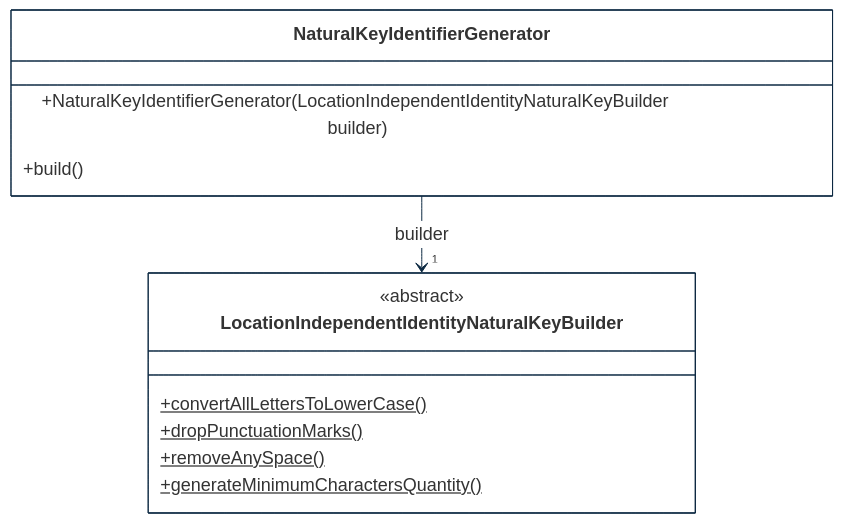
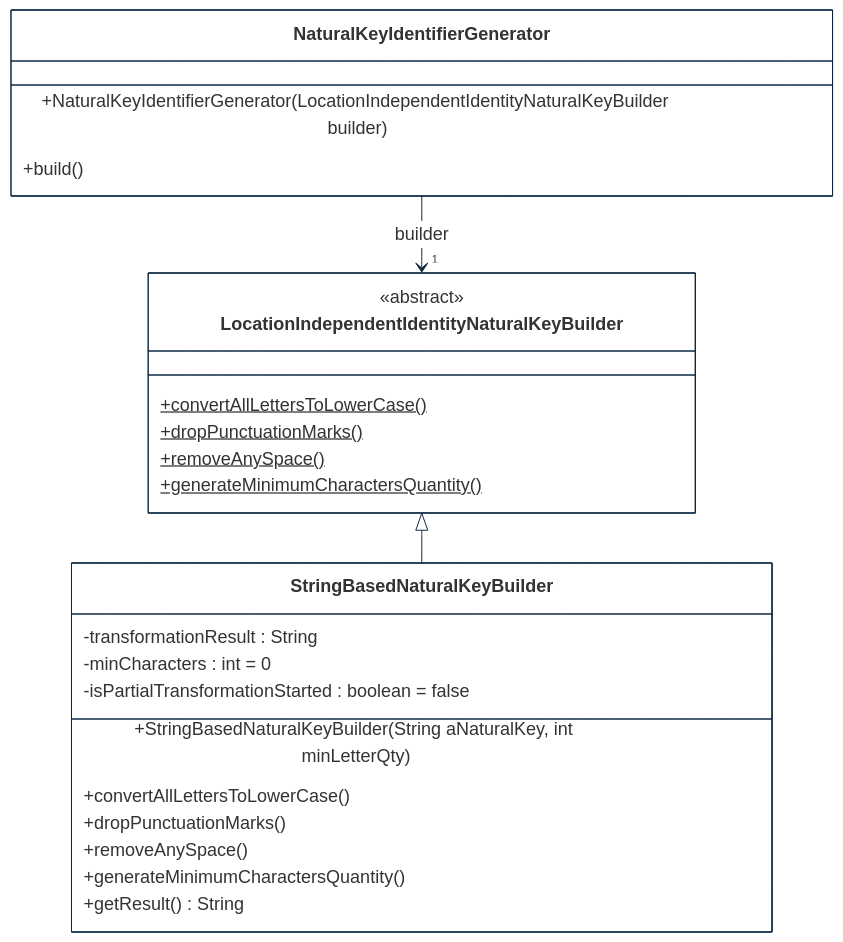
One commit to cybnity/foundation changed the fourth of 8 diagrams in implementations-line/framework/immutable/designview-packages.md. Above: the diagram before and after it, drawn with Mermaid. The commit also changed other lines of this file, not shown here.

````diff
--- a/implementations-line/framework/immutable/designview-packages.md
+++ b/implementations-line/framework/immutable/designview-packages.md
@@ -273,33 +274,45 @@
 ```mermaid
 %%{
   init: {
     'theme': 'base',
     'themeVariables': {
         'background': '#ffffff',
         'fontFamily': 'arial',
         'fontSize': '18px',
         'primaryColor': '#fff',
         'primaryBorderColor': '#0e2a43',
         'secondaryBorderColor': '#0e2a43',
         'tertiaryBorderColor': '#0e2a43',
         'edgeLabelBackground':'#0e2a43',
         'lineColor': '#0e2a43',
         'tertiaryColor': '#fff'
     }
   }
 }%%
 classDiagram
     NaturalKeyIdentifierGenerator --> "1" LocationIndependentIdentityNaturalKeyBuilder : builder
+    LocationIndependentIdentityNaturalKeyBuilder <|-- StringBasedNaturalKeyBuilder
 
     class LocationIndependentIdentityNaturalKeyBuilder {
         <<abstract>>
         +convertAllLettersToLowerCase()$
         +dropPunctuationMarks()$
         +removeAnySpace()$
         +generateMinimumCharactersQuantity()$
     }
     class NaturalKeyIdentifierGenerator {
         +NaturalKeyIdentifierGenerator(LocationIndependentIdentityNaturalKeyBuilder builder)
         +build()
     }
+    class StringBasedNaturalKeyBuilder {
+        -transformationResult : String
+        -minCharacters : int = 0
+        -isPartialTransformationStarted : boolean = false
+        +StringBasedNaturalKeyBuilder(String aNaturalKey, int minLetterQty)
+        +convertAllLettersToLowerCase()
+        +dropPunctuationMarks()
+        +removeAnySpace()
+        +generateMinimumCharactersQuantity()
+        +getResult() String
+    }
 ```
````
